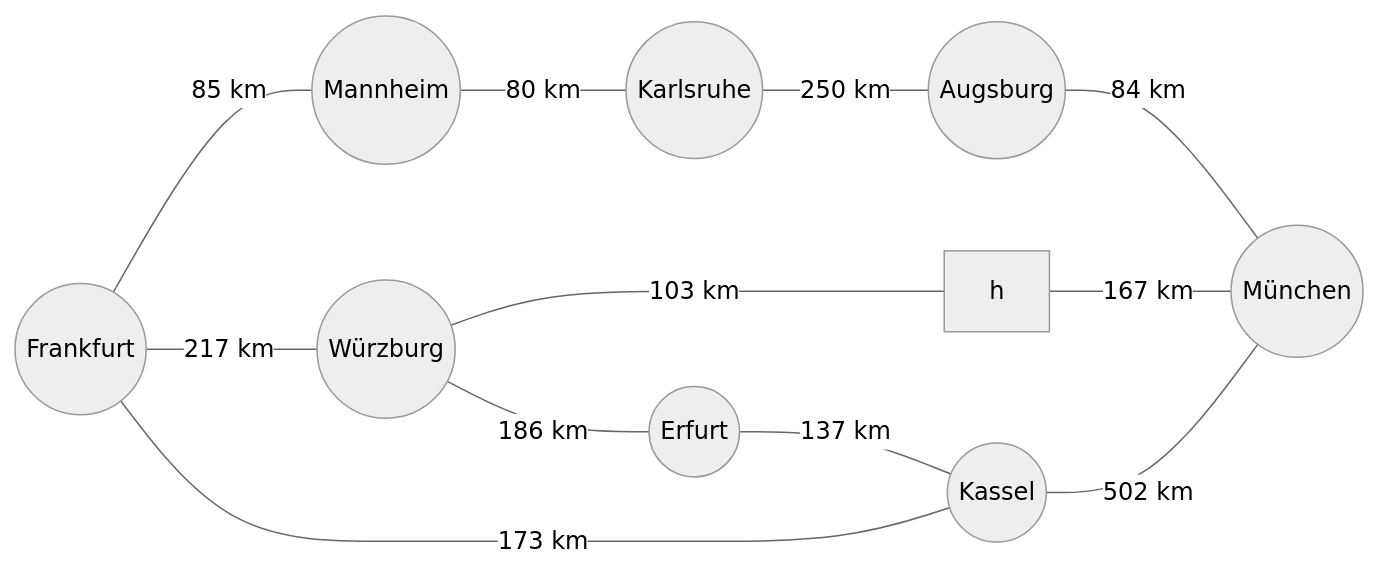
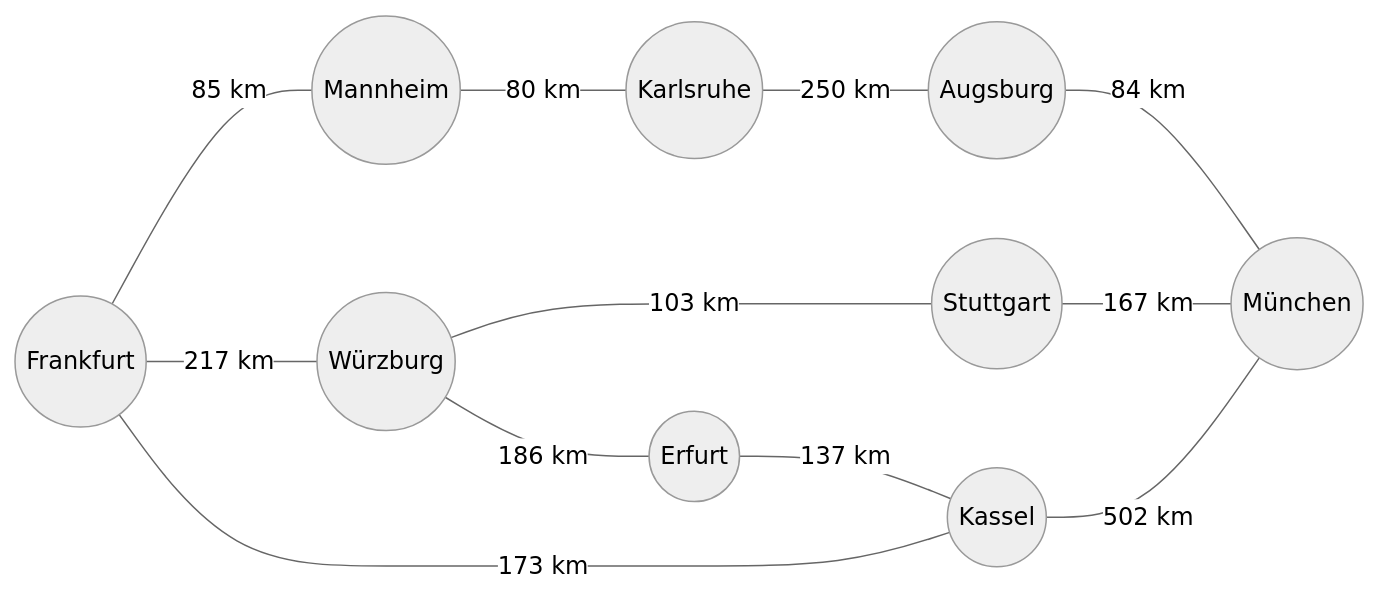
One commit to lebalz/ofi-blog changed the diagram in docs/EF-Algorithmen/09-A-star/index.md. Above: the diagram before and after it, drawn with Mermaid (neutral theme).

````diff
--- a/docs/EF-Algorithmen/09-A-star/index.md
+++ b/docs/EF-Algorithmen/09-A-star/index.md
@@ -132,14 +132,14 @@
 ```mermaid
 flowchart LR
     a((Frankfurt))---|85 km| b((Mannheim))
     b ---|80 km| c((Karlsruhe))
     c---|250 km| d((Augsburg))
     d ---|84 km| e((München))
-    h---|167 km| e
+    h((Stuttgart))---|167 km| e
     a---|217 km| i((Würzburg))
     i---|186 km| j((Erfurt))
     j---|137 km| k((Kassel))
     k---|502 km| e
     a---|173 km| k
     i---|103 km| h
 ```
````
